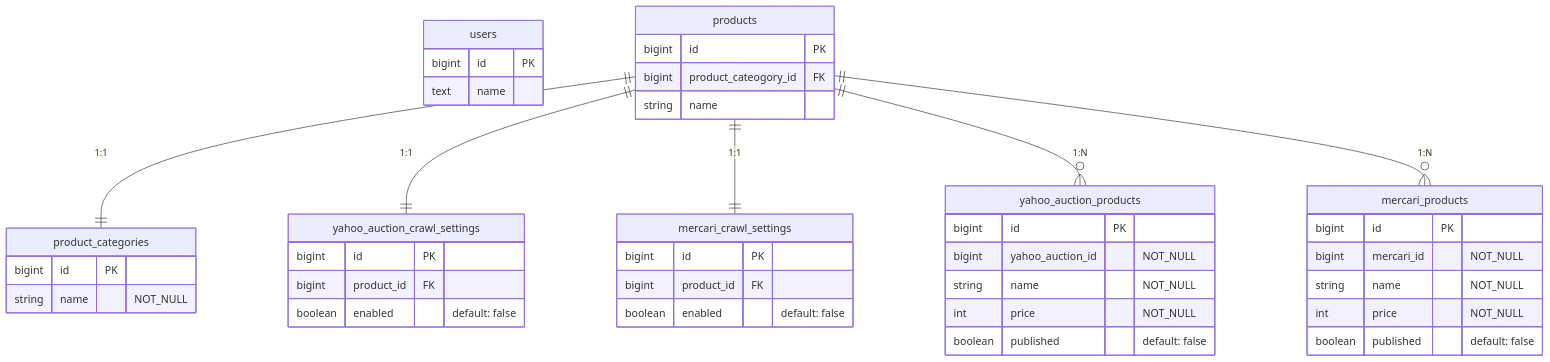
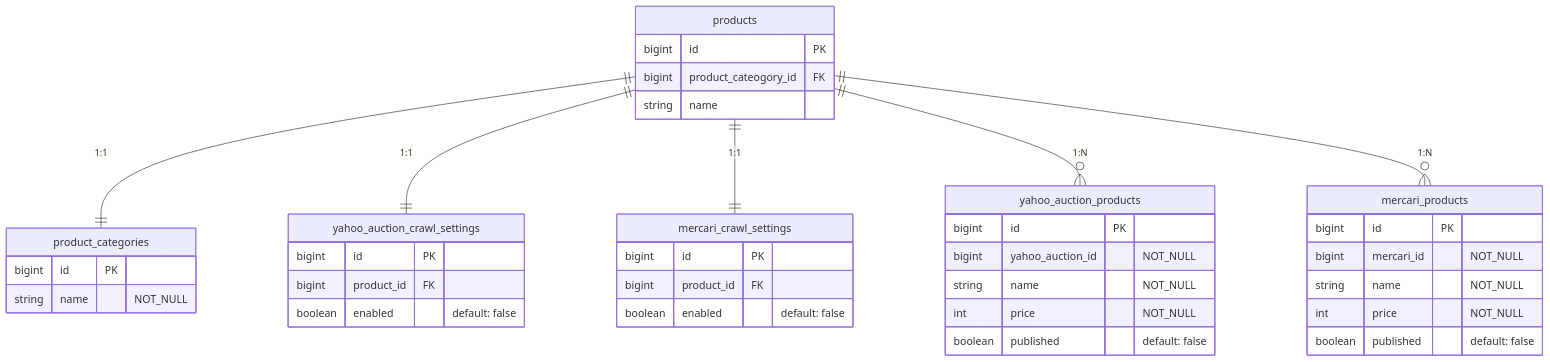
One commit to kuroweb/price-monitoring changed the second of 2 diagrams in README.md. Above: the diagram before and after it, drawn with Mermaid. The commit also changed other lines of this file, not shown here.

````diff
--- a/README.md
+++ b/README.md
@@ -82,46 +72,42 @@
 ```mermaid
 erDiagram
-  users {
-    bigint id PK
-    text name
-  }
   products {
     bigint id PK
     bigint product_cateogory_id FK
     string name
   }
   product_categories {
     bigint id PK
     string name "NOT_NULL"
   }
   yahoo_auction_crawl_settings {
     bigint id PK
     bigint product_id FK
     boolean enabled "default: false"
   }
   mercari_crawl_settings {
     bigint id PK
     bigint product_id FK
     boolean enabled "default: false"
   }
   yahoo_auction_products {
     bigint id PK
     bigint yahoo_auction_id "NOT_NULL"
     string name "NOT_NULL"
     int price "NOT_NULL"
     boolean published "default: false"
   }
   mercari_products {
     bigint id PK
     bigint mercari_id "NOT_NULL"
     string name "NOT_NULL"
     int price "NOT_NULL"
     boolean published "default: false"
   }
 
   products ||--|| product_categories : "1:1"
   products ||--|| yahoo_auction_crawl_settings : "1:1"
   products ||--|| mercari_crawl_settings : "1:1"
   products ||--o{ yahoo_auction_products : "1:N"
   products ||--o{ mercari_products : "1:N"
 ```
````
